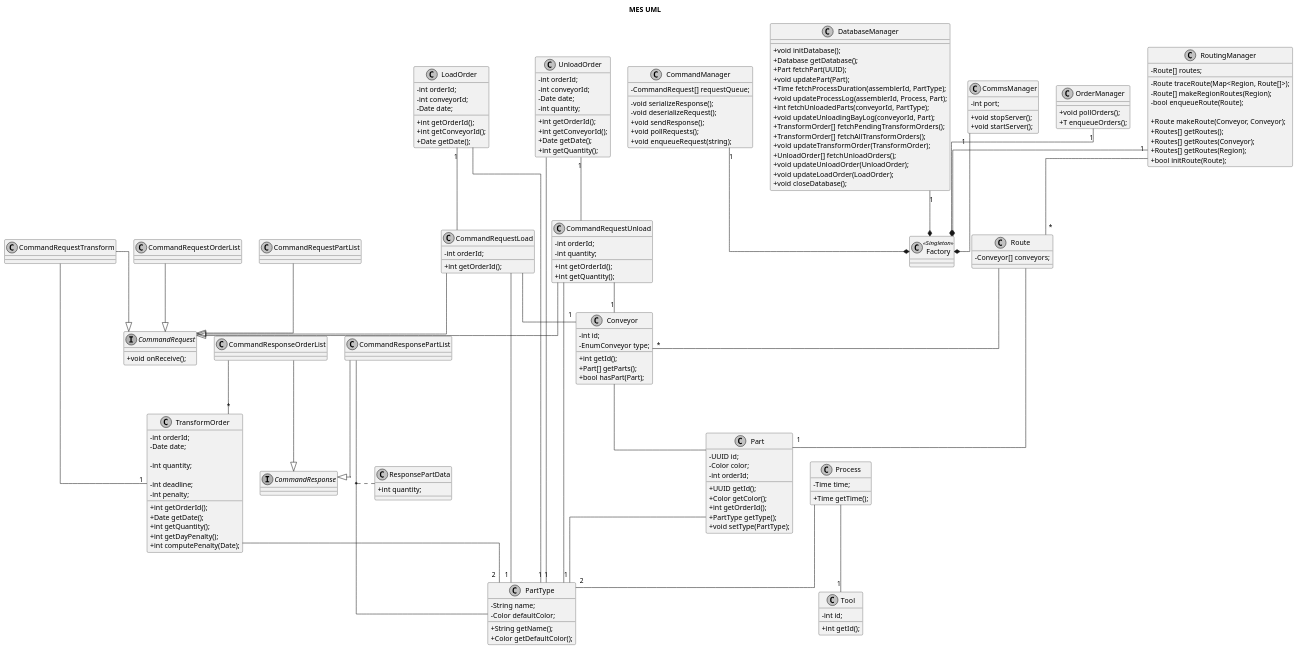
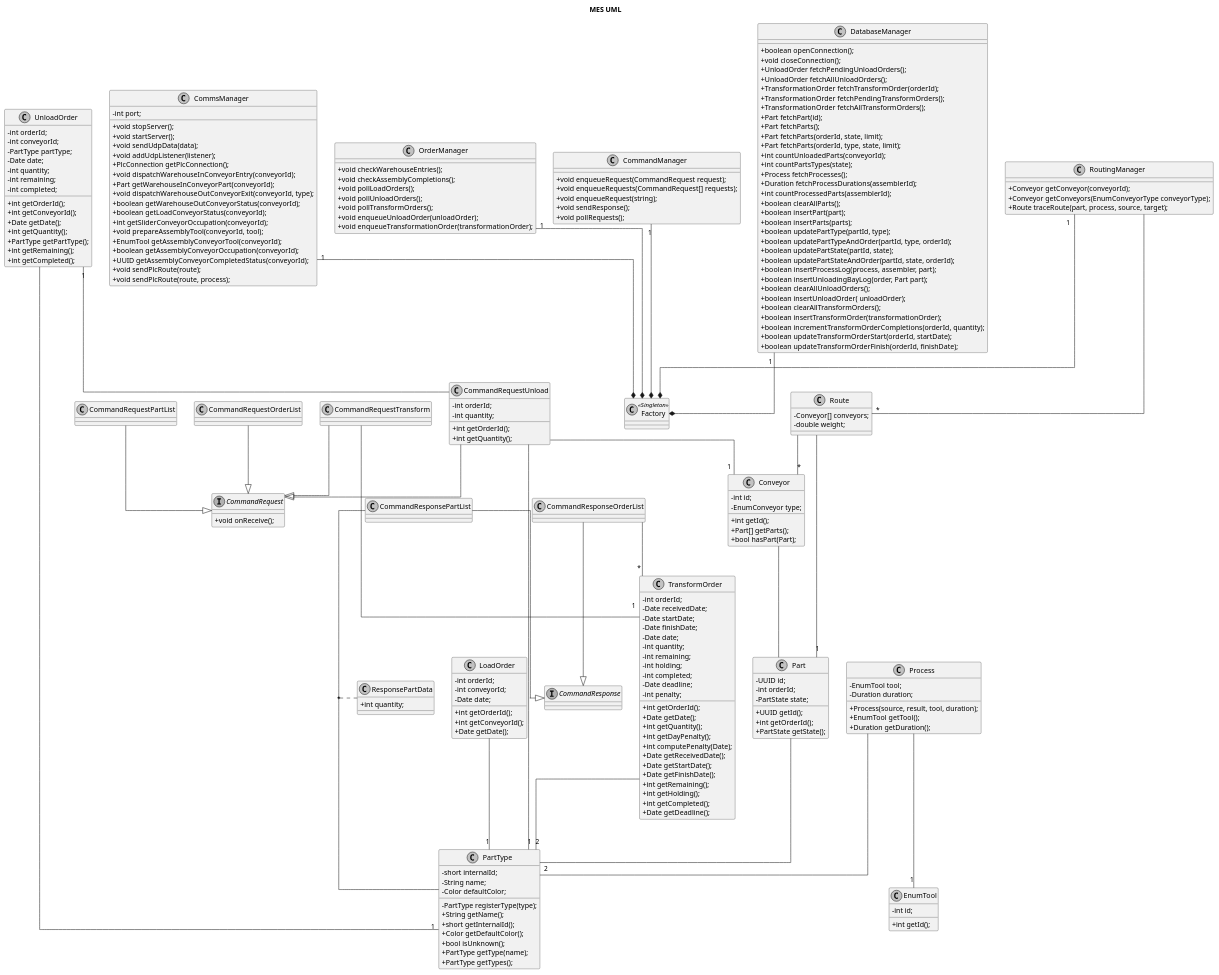
One commit to avrocha/plant-floor-control changed the diagram in docs/classes_uml/mes.puml. Above: the diagram before and after it, drawn with PlantUML. The commit also changed 7 other files, not shown here.

Commit message:
feature/uml-update: changed class diagram of db, low-level and MES to the final version

```diff
--- a/docs/classes_uml/mes.puml
+++ b/docs/classes_uml/mes.puml
@@ -23,28 +23,32 @@
 '/
 
 class PartType {
+  - PartType registerType(type);
+  - short internalId;
   - String name;
   - Color defaultColor;
 
   + String getName();
+  + short getInternalId();
   + Color getDefaultColor();
+  + bool isUnknown();
+  + PartType getType(name);
+  + PartType getTypes();
 }
 
 class Part {
   - UUID id;
-  - Color color;
   - int orderId;
+  - PartState state;
 
   + UUID getId();
-  + Color getColor();
   + int getOrderId();
-  + PartType getType();
-  + void setType(PartType);
+  + PartState getState();
 }
 
 Part -- PartType
 
-class Tool {
+class EnumTool {
   - int id;
   + int getId();
 }
@@ -73,13 +77,17 @@
 '/
 
 class Process {
-  - Time time;
+  - EnumTool tool;
+  - Duration duration;
+   
 
-  + Time getTime();
+  + Process(source, result, tool, duration);
+  + EnumTool getTool();
+  + Duration getDuration();
 }
 
 Process -- "2" PartType
-Process -- "1" Tool
+Process -- "1" EnumTool
 
 /'
 
@@ -90,13 +98,13 @@
 'Requests'
 
 class CommandManager{
-  - CommandRequest[] requestQueue;
 
-  - void serializeResponse();
-  - void deserializeRequest();
+  + void enqueueRequest(CommandRequest request);
+  + void enqueueRequests(CommandRequest[] requests);
+  + void enqueueRequest(string);
   + void sendResponse();
   + void pollRequests();
-  + void enqueueRequest(string);
+  
 }
 
 interface CommandRequest {
@@ -123,16 +131,6 @@
 CommandRequestUnload -- "1" Conveyor
 CommandRequestUnload -- "1" PartType
 
-class CommandRequestLoad {
-  - int orderId;
-
-  + int getOrderId();
-}
-
-CommandRequestLoad --|> CommandRequest
-CommandRequestLoad -- "1" Conveyor
-CommandRequestLoad -- "1" PartType
-
 class CommandRequestOrderList {
 }
 
@@ -146,11 +144,15 @@
 'Orders'
 class TransformOrder{
   - int orderId;
+  - Date receivedDate;
+  - Date startDate;
+  - Date finishDate;
   - Date date;
-
   - int quantity;
-
-  - int deadline;
+  - int remaining;
+  - int holding;
+  - int completed;
+  - Date deadline;
   - int penalty;
 
   + int getOrderId();
@@ -158,18 +160,32 @@
   + int getQuantity();
   + int getDayPenalty();
   + int computePenalty(Date);
+  + Date getReceivedDate();
+  + Date getStartDate();
+  + Date getFinishDate();
+  + int getRemaining();
+  + int getHolding();
+  + int getCompleted();
+  + Date getDeadline();
+
 }
 
 class UnloadOrder{
   - int orderId;
 	- int conveyorId;
+  - PartType partType;
   - Date date;
   - int quantity;
+  - int remaining;
+  - int completed;
 
   + int getOrderId();
   + int getConveyorId();
   + Date getDate();
   + int getQuantity();
+  + PartType getPartType();
+  + int getRemaining();
+  + int getCompleted();
 }
 
 UnloadOrder --"1" PartType
@@ -186,7 +202,6 @@
 }
 
 LoadOrder --"1" PartType
-LoadOrder "1"-- CommandRequestLoad
 
 'Responses'
 
@@ -216,23 +231,18 @@
 '/
 
 class RoutingManager{
-  - Route[] routes;
 
-  - Route traceRoute(Map<Region, Route[]>);
-  - Route[] makeRegionRoutes(Region);
-  - bool enqueueRoute(Route);
-  
-  + Route makeRoute(Conveyor, Conveyor);
-  + Routes[] getRoutes();
-  + Routes[] getRoutes(Conveyor);
-  + Routes[] getRoutes(Region);
-  + bool initRoute(Route);
+  + Conveyor getConveyor(conveyorId);
+  + Conveyor getConveyors(EnumConveyorType conveyorType);
+  + Route traceRoute(part, process, source, target);
+
 }
 
 RoutingManager --"*" Route
 
 class Route{
-  -Conveyor[] conveyors;
+  - Conveyor[] conveyors;
+  - double weight;
 }
 
 Route --"*" Conveyor
@@ -245,21 +255,39 @@
 '/
 class DatabaseManager{
   
-  + void initDatabase();
-  + Database getDatabase();
-  + Part fetchPart(UUID);
-  + void updatePart(Part);
-  + Time fetchProcessDuration(assemblerId, PartType);
-  + void updateProcessLog(assemblerId, Process, Part);
-  + int fetchUnloadedParts(conveyorId, PartType);
-  + void updateUnloadingBayLog(conveyorId, Part);
-  + TransformOrder[] fetchPendingTransformOrders();
-  + TransformOrder[] fetchAllTransformOrders();
-  + void updateTransformOrder(TransformOrder);
-  + UnloadOrder[] fetchUnloadOrders();
-  + void updateUnloadOrder(UnloadOrder);
-  + void updateLoadOrder(LoadOrder);
-  + void closeDatabase();
+  + boolean openConnection();
+  + void closeConnection();
+  + UnloadOrder fetchPendingUnloadOrders();
+  + UnloadOrder fetchAllUnloadOrders();
+  + TransformationOrder fetchTransformOrder(orderId);
+  + TransformationOrder fetchPendingTransformOrders();
+  + TransformationOrder fetchAllTransformOrders();
+  + Part fetchPart(id);
+  + Part fetchParts();
+  + Part fetchParts(orderId, state, limit);
+  + Part fetchParts(orderId, type, state, limit);
+  + int countUnloadedParts(conveyorId);
+  + int countPartsTypes(state);
+  + Process fetchProcesses();
+  + Duration fetchProcessDurations(assemblerId);
+  + int countProcessedParts(assemblerId);
+  + boolean clearAllParts();
+  + boolean insertPart(part);
+  + boolean insertParts(parts);
+  + boolean updatePartType(partId, type);
+  + boolean updatePartTypeAndOrder(partId, type, orderId);
+  + boolean updatePartState(partId, state);
+  + boolean updatePartStateAndOrder(partId, state, orderId);
+  + boolean insertProcessLog(process, assembler, part);
+  + boolean insertUnloadingBayLog(order, Part part);
+  + boolean clearAllUnloadOrders();
+  + boolean insertUnloadOrder( unloadOrder);
+  + boolean clearAllTransformOrders();
+  + boolean insertTransformOrder(transformationOrder);
+  + boolean incrementTransformOrderCompletions(orderId, quantity);
+  + boolean updateTransformOrderStart(orderId, startDate);
+  + boolean updateTransformOrderFinish(orderId, finishDate);
+
 }
 
 /'
@@ -267,11 +295,28 @@
 UDP Manager
 
 '/
+
 class CommsManager{
   - int port;
 
   + void stopServer();
   + void startServer();
+  + void sendUdpData(data);
+  + void addUdpListener(listener);
+  + PlcConnection getPlcConnection();
+  + void dispatchWarehouseInConveyorEntry(conveyorId);
+  + Part getWarehouseInConveyorPart(conveyorId);
+  + void dispatchWarehouseOutConveyorExit(conveyorId, type);
+  + boolean getWarehouseOutConveyorStatus(conveyorId);
+  + boolean getLoadConveyorStatus(conveyorId);
+  + int getSliderConveyorOccupation(conveyorId);
+  + void prepareAssemblyTool(conveyorId, tool);
+  + EnumTool getAssemblyConveyorTool(conveyorId);
+  + boolean getAssemblyConveyorOccupation(conveyorId);
+  + UUID getAssemblyConveyorCompletedStatus(conveyorId);
+  + void sendPlcRoute(route);
+  + void sendPlcRoute(route, process);
+
 }
 
 /' 
@@ -282,8 +327,14 @@
 
 class OrderManager{
 
-  + void pollOrders();
-  + T enqueueOrders();
+  + void checkWarehouseEntries();
+  + void checkAssemblyCompletions();
+  + void pollLoadOrders();
+  + void pollUnloadOrders();
+  + void pollTransformOrders();
+  + void enqueueUnloadOrder(unloadOrder);
+  + void enqueueTransformationOrder(transformationOrder);
+
 }
 
 @enduml
```
